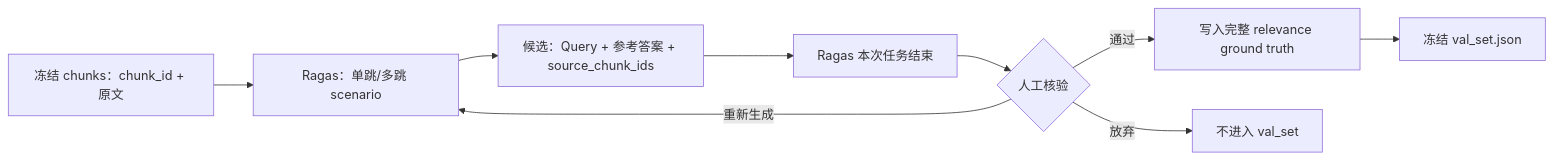
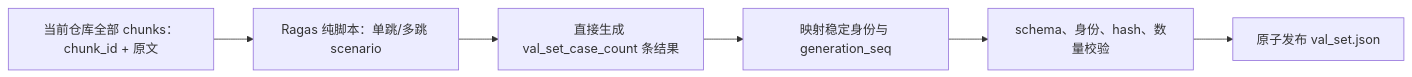
The diagram in docs/architecture_or_strategy/2026-07-27-ragas-val-set-query-generation-design.md (ITboyBob/FireAI), drawn with Mermaid before and after one commit. The commit also changed other lines of this file and 8 other files, not shown here.

````diff
--- a/docs/architecture_or_strategy/2026-07-27-ragas-val-set-query-generation-design.md
+++ b/docs/architecture_or_strategy/2026-07-27-ragas-val-set-query-generation-design.md
@@ -52,11 +52,8 @@
 ```mermaid
 flowchart LR
-    F["冻结 chunks：chunk_id + 原文"] --> R["Ragas：单跳/多跳 scenario"]
-    R --> C["候选：Query + 参考答案 + source_chunk_ids"]
-    C --> E["Ragas 本次任务结束"]
-    E --> H{"人工核验"}
-    H -- "通过" --> V["写入完整 relevance ground truth"]
-    H -- "重新生成" --> R
-    H -- "放弃" --> X["不进入 val_set"]
-    V --> P["冻结 val_set.json"]
+    F["当前仓库全部 chunks：chunk_id + 原文"] --> R["Ragas 纯脚本：单跳/多跳 scenario"]
+    R --> G["直接生成 val_set_case_count 条结果"]
+    G --> M["映射稳定身份与 generation_seq"]
+    M --> V["schema、身份、hash、数量校验"]
+    V --> P["原子发布 val_set.json"]
 ```
````
